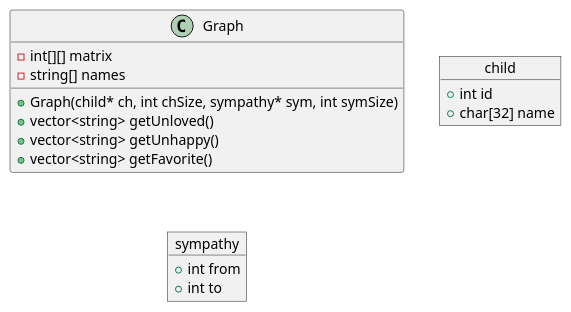
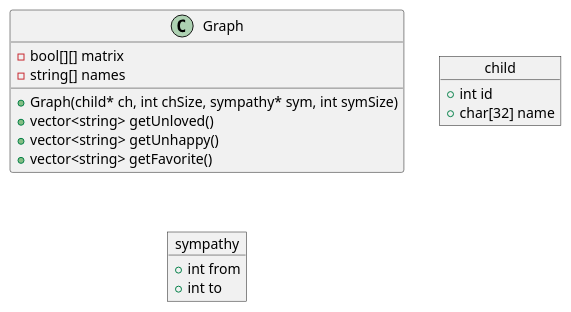
Before and after one commit to 8785496/test_kontur: the diagram in Graph.puml, drawn with PlantUML. The commit also changed 4 other files, not shown here.

```diff
--- a/Graph.puml
+++ b/Graph.puml
@@ -1,22 +1,22 @@
 @startuml
 
 class Graph {
-- int[][] matrix
+- bool[][] matrix
 - string[] names
 + Graph(child* ch, int chSize, sympathy* sym, int symSize)
 + vector<string> getUnloved()
 + vector<string> getUnhappy()
 + vector<string> getFavorite()
 }
 
 object child{
 + int id
 + char[32] name
 }
 
 object sympathy{
 + int from
 + int to
 }
 
 @enduml
```
